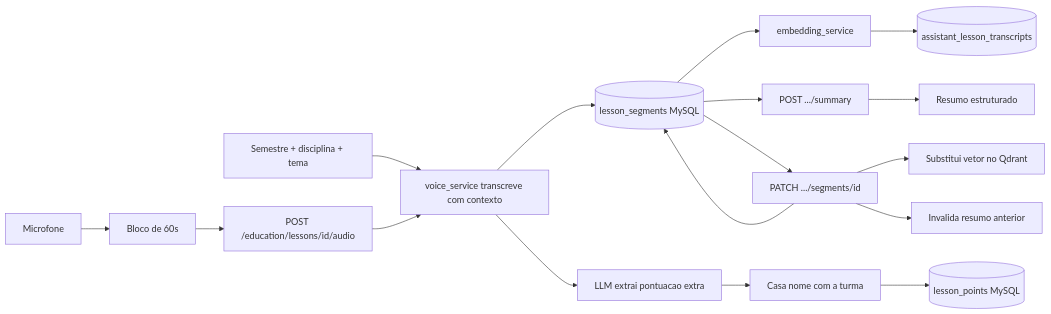
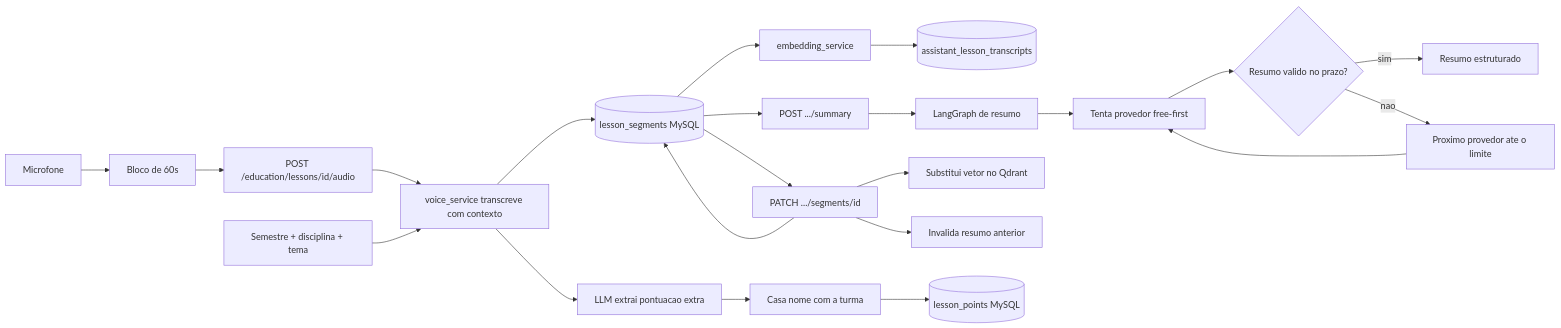
The sixth of 6 diagrams in README.md (m4n1nh0/assistant_app), drawn with Mermaid before and after one commit. The commit also changed other lines of this file and 9 other files, not shown here.

Commit message:
feat: orquestrar resumos com fallback free-first

````diff
--- a/README.md
+++ b/README.md
@@ -409,19 +409,24 @@
 ```mermaid
 flowchart LR
     Mic[Microfone] --> Chunk[Bloco de 60s]
     Chunk --> Upload[POST /education/lessons/id/audio]
     Context[Semestre + disciplina + tema] --> STT
     Upload --> STT[voice_service transcreve com contexto]
     STT --> Segment[(lesson_segments MySQL)]
     Segment --> Embed[embedding_service]
     Embed --> Qdrant[(assistant_lesson_transcripts)]
     STT --> Extract[LLM extrai pontuacao extra]
     Extract --> Roster[Casa nome com a turma]
     Roster --> Points[(lesson_points MySQL)]
     Segment --> Summary[POST .../summary]
-    Summary --> Doc[Resumo estruturado]
+    Summary --> SummaryGraph[LangGraph de resumo]
+    SummaryGraph --> Attempt[Tenta provedor free-first]
+    Attempt --> Validate{Resumo valido no prazo?}
+    Validate -->|sim| Doc[Resumo estruturado]
+    Validate -->|nao| Fallback[Proximo provedor ate o limite]
+    Fallback --> Attempt
     Segment --> Edit[PATCH .../segments/id]
     Edit --> Segment
     Edit --> Reembed[Substitui vetor no Qdrant]
     Edit --> Invalidate[Invalida resumo anterior]
 ```
````
